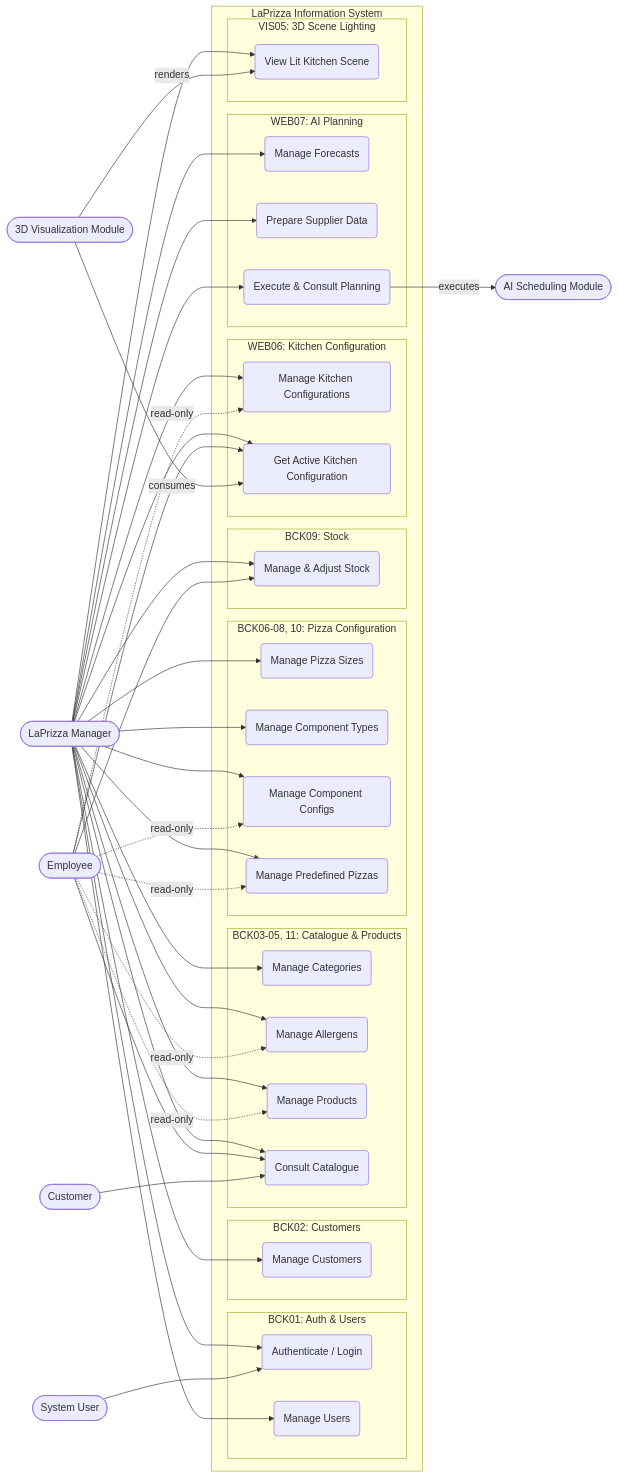
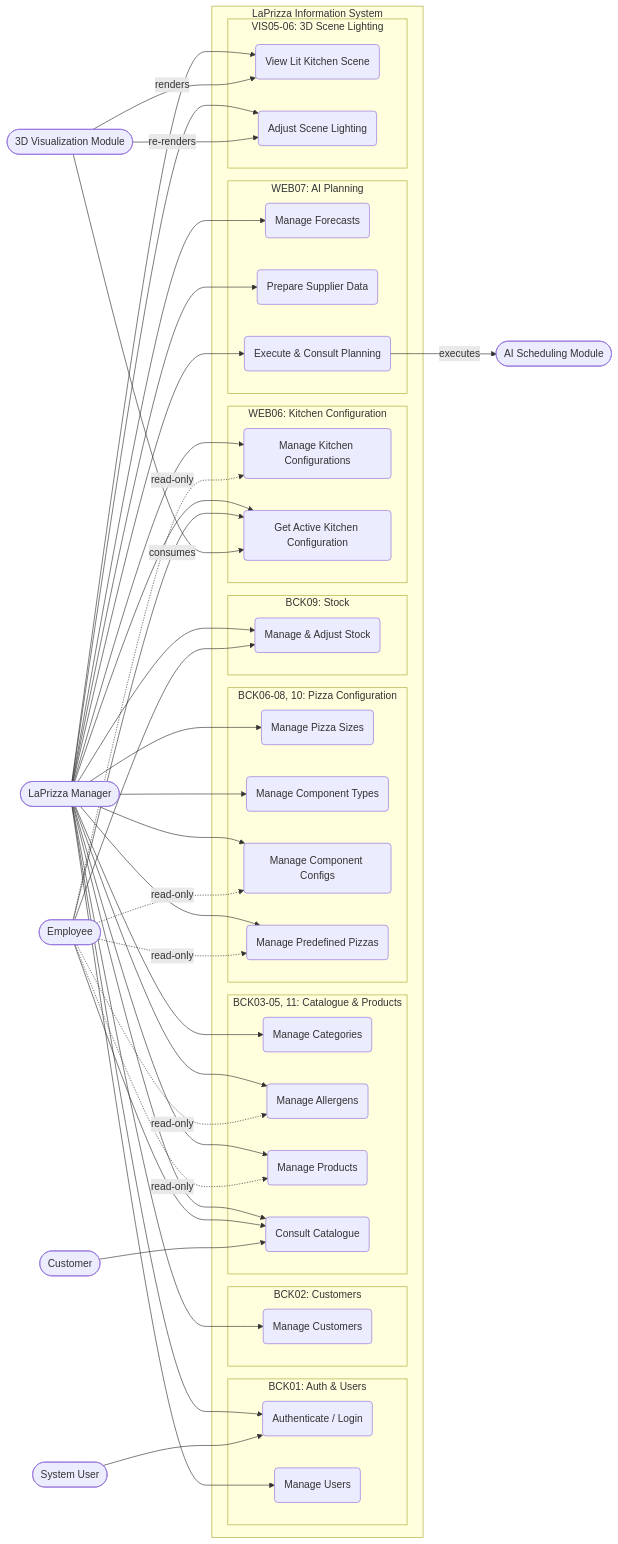
One commit to ivasduarte/laprizza changed the diagram in docs/analysis/diagrams/use-case-views/global-use-case-view.mermaid. Above: the diagram before and after it, drawn with Mermaid. The commit also changed 11 other files, not shown here.

```diff
--- a/docs/analysis/diagrams/use-case-views/global-use-case-view.mermaid
+++ b/docs/analysis/diagrams/use-case-views/global-use-case-view.mermaid
@@ -1,80 +1,83 @@
 flowchart LR
     Manager([LaPrizza Manager])
     SystemUser([System User])
     Employee([Employee])
     Customer([Customer])
     Viz3D([3D Visualization Module])
     AI([AI Scheduling Module])
 
     subgraph System [LaPrizza Information System]
         subgraph Auth [BCK01: Auth & Users]
             UC_Auth(Authenticate / Login)
             UC_Users(Manage Users)
         end
         subgraph Cust [BCK02: Customers]
             UC_Cust(Manage Customers)
         end
         subgraph Catalog [BCK03-05, 11: Catalogue & Products]
             UC_Cat(Manage Categories)
             UC_Allergens(Manage Allergens)
             UC_Prod(Manage Products)
             UC_Catalog(Consult Catalogue)
         end
         subgraph Config [BCK06-08, 10: Pizza Configuration]
             UC_Sizes(Manage Pizza Sizes)
             UC_Types(Manage Component Types)
             UC_Configs(Manage Component Configs)
             UC_Predef(Manage Predefined Pizzas)
         end
         subgraph Stock [BCK09: Stock]
             UC_Stock(Manage & Adjust Stock)
         end
         subgraph Kitchen [WEB06: Kitchen Configuration]
             UC_Kitchen(Manage Kitchen Configurations)
             UC_ActiveKitchen(Get Active Kitchen Configuration)
         end
         subgraph Planning [WEB07: AI Planning]
             UC_Forecasts(Manage Forecasts)
             UC_Suppliers(Prepare Supplier Data)
             UC_Planning(Execute & Consult Planning)
         end
-        subgraph Lighting [VIS05: 3D Scene Lighting]
+        subgraph Lighting [VIS05-06: 3D Scene Lighting]
             UC_Lit(View Lit Kitchen Scene)
+            UC_AdjustLight(Adjust Scene Lighting)
         end
     end
 
     Manager --> UC_Auth
     Manager --> UC_Users
     Manager --> UC_Cust
     Manager --> UC_Cat
     Manager --> UC_Allergens
     Manager --> UC_Prod
     Manager --> UC_Sizes
     Manager --> UC_Types
     Manager --> UC_Configs
     Manager --> UC_Predef
     Manager --> UC_Stock
     Manager --> UC_Catalog
     Manager --> UC_Kitchen
     Manager --> UC_ActiveKitchen
     Manager --> UC_Forecasts
     Manager --> UC_Suppliers
     Manager --> UC_Planning
     Manager --> UC_Lit
+    Manager --> UC_AdjustLight
 
     SystemUser --> UC_Auth
 
     Employee -.->|read-only| UC_Allergens
     Employee -.->|read-only| UC_Prod
     Employee -.->|read-only| UC_Configs
     Employee -.->|read-only| UC_Predef
     Employee -.->|read-only| UC_Kitchen
     Employee --> UC_ActiveKitchen
     Employee --> UC_Stock
     Employee --> UC_Catalog
 
     Customer --> UC_Catalog
 
     Viz3D -->|consumes| UC_ActiveKitchen
     Viz3D -->|renders| UC_Lit
+    Viz3D -->|re-renders| UC_AdjustLight
     UC_Planning -->|executes| AI
```
